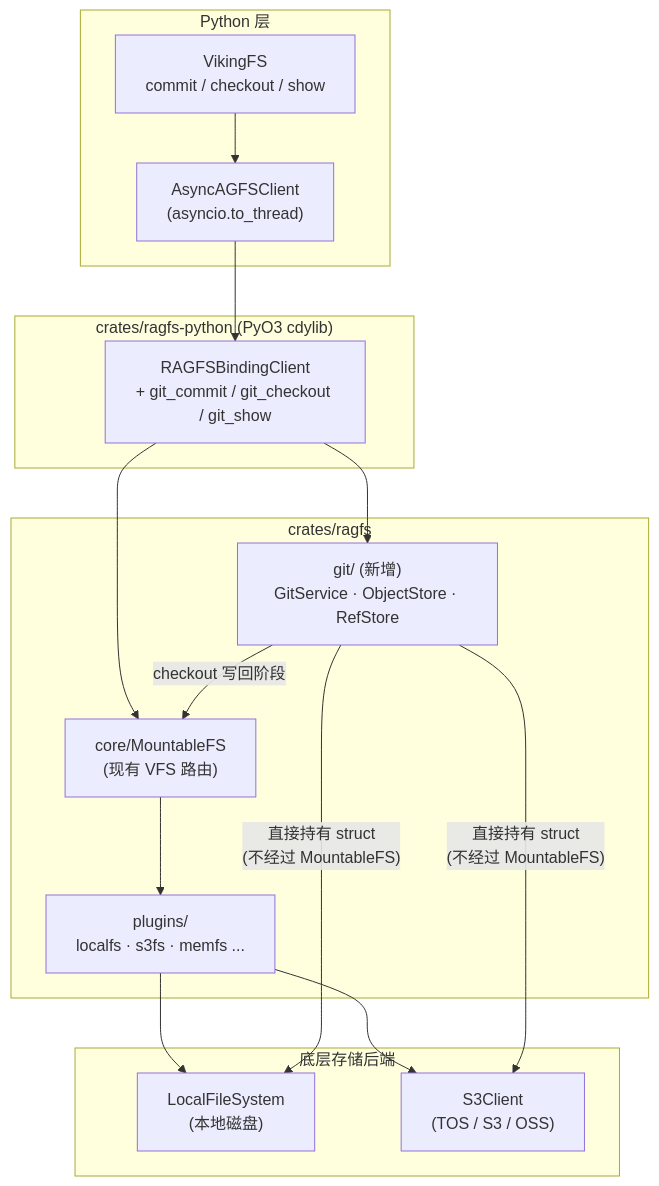
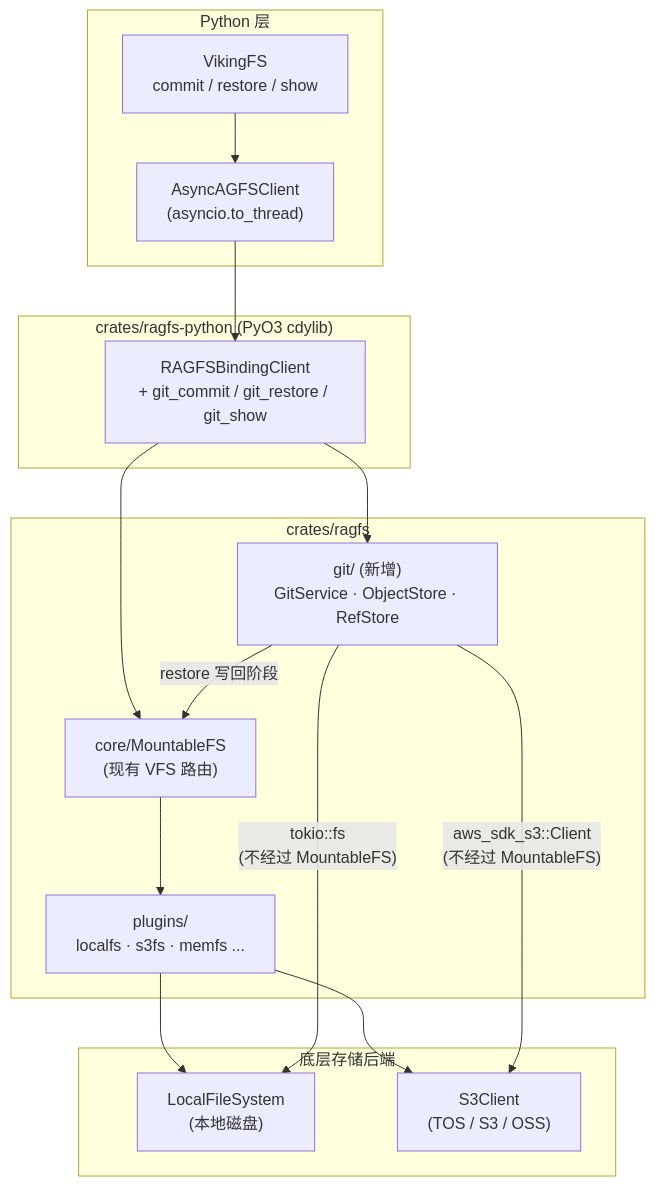
One commit to volcengine/OpenViking changed the first of 3 diagrams in docs/design/git-version-control-design.md. Above: the diagram before and after it, drawn with Mermaid. The commit also changed other lines of this file and 215 other files, not shown here.

````diff
--- a/docs/design/git-version-control-design.md
+++ b/docs/design/git-version-control-design.md
@@ -48,43 +52,43 @@
 ```mermaid
 flowchart TB
     subgraph Py[Python 层]
         VFS["VikingFS
-commit / checkout / show"]
+commit / restore / show"]
         Async["AsyncAGFSClient
 (asyncio.to_thread)"]
     end
 
     subgraph BindCrate["crates/ragfs-python (PyO3 cdylib)"]
         RBC["RAGFSBindingClient
-+ git_commit / git_checkout / git_show"]
++ git_commit / git_restore / git_show"]
     end
 
     subgraph CoreCrate[crates/ragfs]
         MFS["core/MountableFS
 (现有 VFS 路由)"]
         Plugins["plugins/
 localfs · s3fs · memfs ..."]
         GitMod["git/ (新增)
 GitService · ObjectStore · RefStore"]
     end
 
     subgraph Backends[底层存储后端]
         Local["LocalFileSystem
 (本地磁盘)"]
         S3["S3Client
 (TOS / S3 / OSS)"]
     end
 
     VFS --> Async
     Async --> RBC
     RBC --> MFS
     RBC --> GitMod
-    GitMod -- "checkout 写回阶段" --> MFS
+    GitMod -- "restore 写回阶段" --> MFS
     MFS --> Plugins
     Plugins --> Local
     Plugins --> S3
-    GitMod -- "直接持有 struct
+    GitMod -- "tokio::fs
 (不经过 MountableFS)" --> Local
-    GitMod -- "直接持有 struct
+    GitMod -- "aws_sdk_s3::Client
 (不经过 MountableFS)" --> S3
 ```
````
